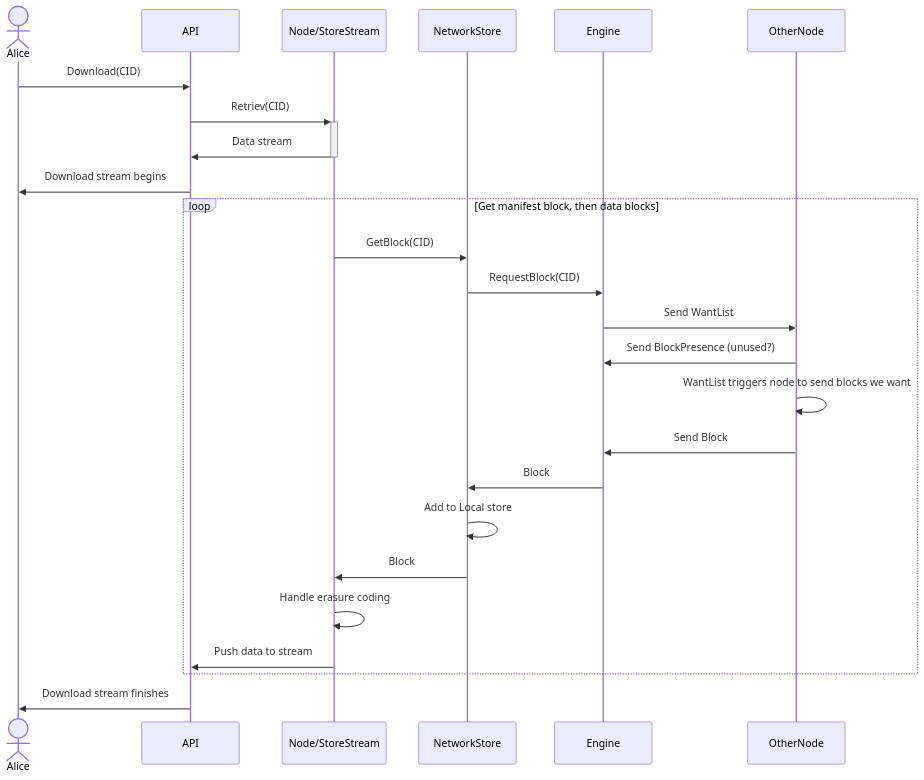
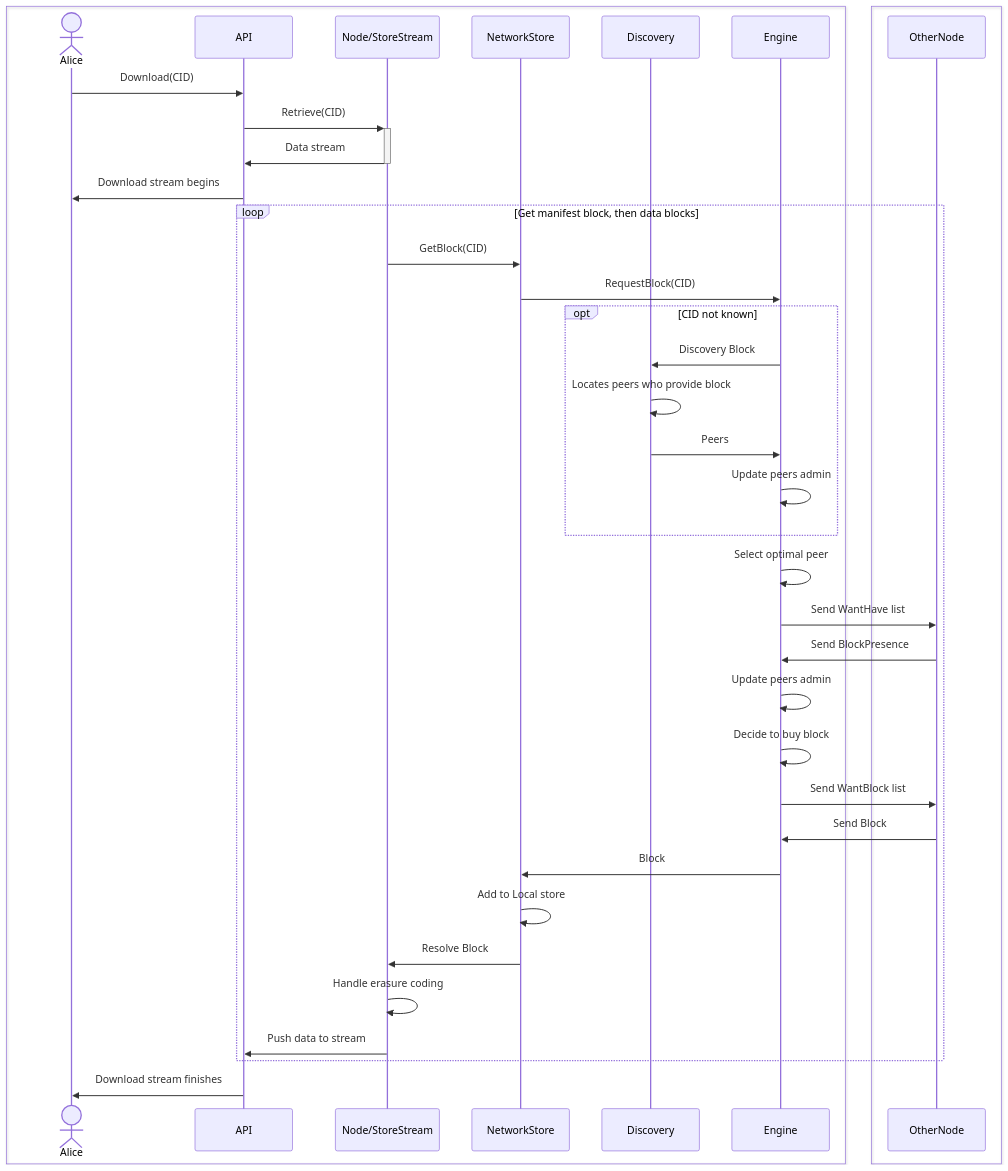
The second of 2 diagrams in docs/DownloadFlow.md (codex-storage/nim-codex), drawn with Mermaid before and after one commit.

Commit message:
Better sequence diagram of network block resolution

````diff
--- a/docs/DownloadFlow.md
+++ b/docs/DownloadFlow.md
@@ -27,23 +27,41 @@
 ```mermaid
 sequenceDiagram
+box
 actor Alice
 participant API
+participant Node/StoreStream
+participant NetworkStore
+participant Discovery
+participant Engine
+end
+box
+participant OtherNode
+end
 Alice->>API: Download(CID)
-API->>+Node/StoreStream: Retriev(CID)
+API->>+Node/StoreStream: Retrieve(CID)
 Node/StoreStream->>-API: Data stream
 API->>Alice: Download stream begins
 loop Get manifest block, then data blocks
     Node/StoreStream->>NetworkStore: GetBlock(CID)
     NetworkStore->>Engine: RequestBlock(CID)
-    Engine->>OtherNode: Send WantList
-    OtherNode->>Engine: Send BlockPresence (unused?)
-    OtherNode->>OtherNode: WantList triggers node to send blocks we want
+    opt CID not known
+    Engine->>Discovery: Discovery Block
+    Discovery->>Discovery: Locates peers who provide block
+    Discovery->>Engine: Peers
+    Engine->>Engine: Update peers admin
+    end
+    Engine->>Engine: Select optimal peer
+    Engine->>OtherNode: Send WantHave list
+    OtherNode->>Engine: Send BlockPresence
+    Engine->>Engine: Update peers admin
+    Engine->>Engine: Decide to buy block
+    Engine->>OtherNode: Send WantBlock list
     OtherNode->>Engine: Send Block
     Engine->>NetworkStore: Block
     NetworkStore->>NetworkStore: Add to Local store
-    NetworkStore->>Node/StoreStream: Block
+    NetworkStore->>Node/StoreStream: Resolve Block
     Node/StoreStream->>Node/StoreStream: Handle erasure coding
     Node/StoreStream->>API: Push data to stream
 end
 API->>Alice: Download stream finishes
 ```
````
